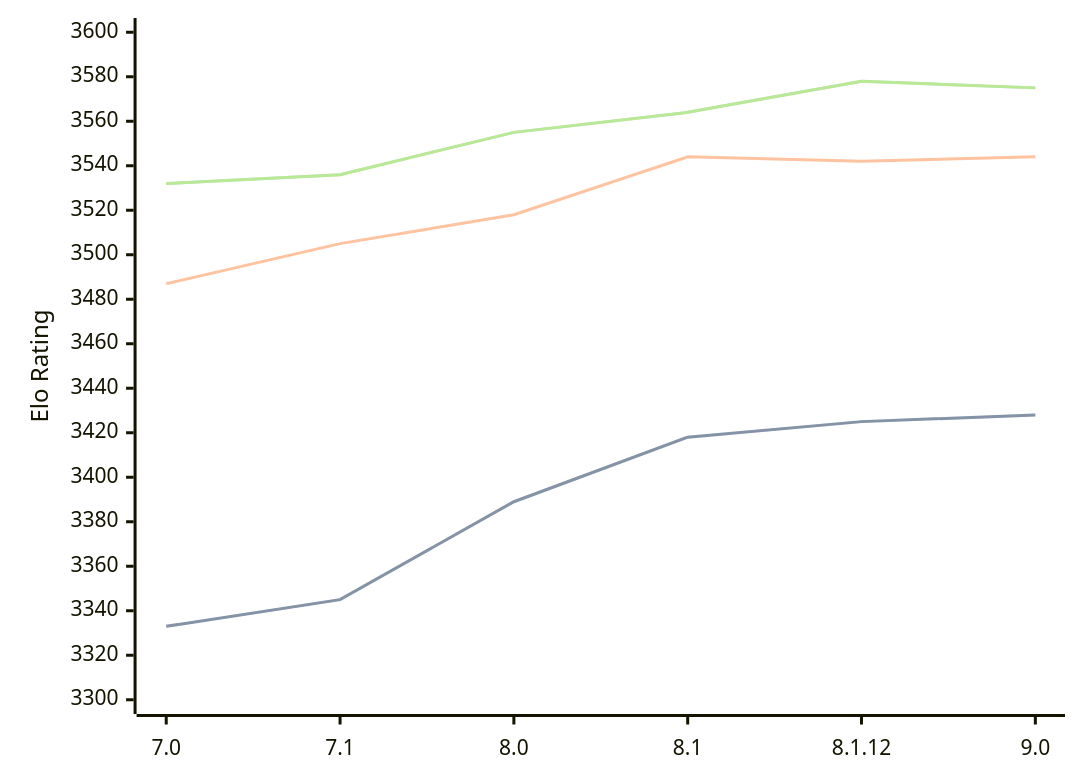
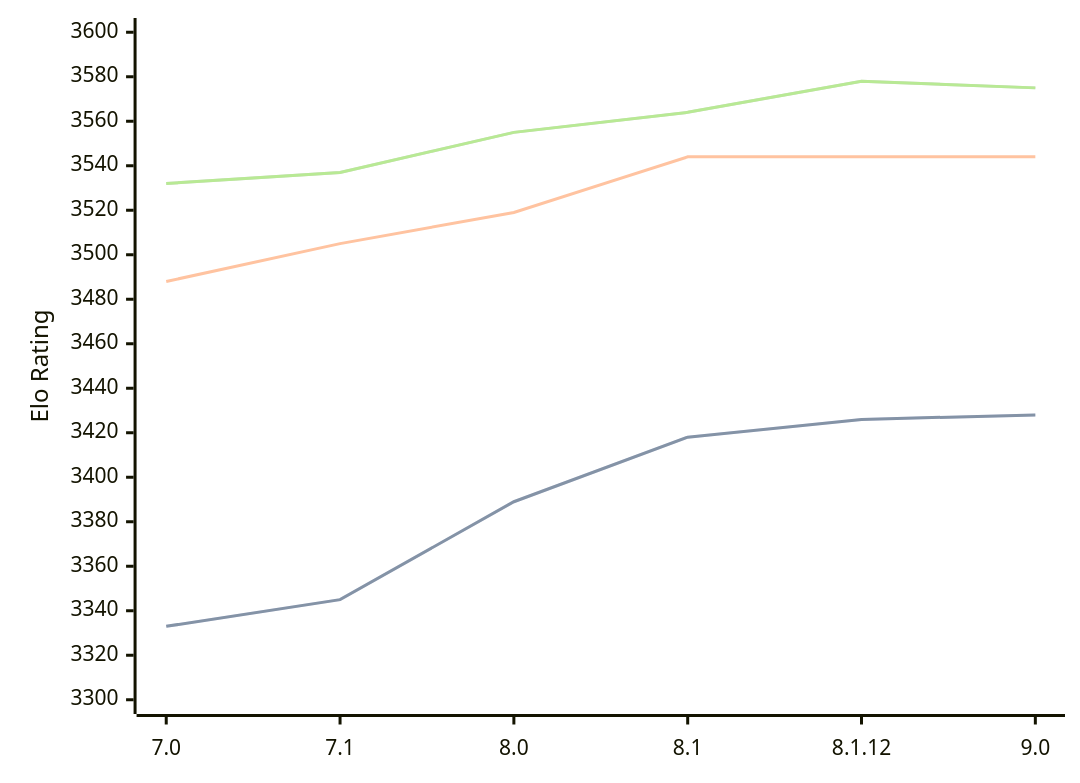
One commit to computer-chess-index/cci changed the diagram in engines/Alexandria.md. Above: the diagram before and after it, drawn with Mermaid. The commit also changed other lines of this file, not shown here.

Commit message:
Update CCI Ratings (ELO VLTC) - 2026-08-24

````diff
--- a/engines/Alexandria.md
+++ b/engines/Alexandria.md
@@ -36,11 +36,11 @@
 ```mermaid
 %%{init: {"theme":"base","themeVariables":{"seriesColors:['#a3a3a3','#222221','#faa371']}}}%%
 xychart-beta
   x-axis ["7.0", "7.1", "8.0", "8.1", "8.1.12", "9.0"]
   y-axis "Elo Rating" 3300 --> 3600
-  line "STC (8.0+0.08s)" [3333, 3345, 3389, 3418, 3425, 3428]
-  line "STC (8.0+0.08s)" [3333, 3345, 3389, 3418, 3425, 3428]
-  line "LTC (60.0+0.60s)" [3487, 3505, 3518, 3544, 3542, 3544]
-  line "VLTC (2m24s+1.12s)" [3532, 3536, 3555, 3564, 3578, 3575]
-  line "VLTC (2m24s+1.12s)" [3532, 3536, 3555, 3564, 3578, 3575]
+  line "STC (8.0+0.08s)" [3333, 3345, 3389, 3418, 3426, 3428]
+  line "STC (8.0+0.08s)" [3333, 3345, 3389, 3418, 3426, 3428]
+  line "LTC (60.0+0.60s)" [3488, 3505, 3519, 3544, 3544, 3544]
+  line "VLTC (2m24s+1.12s)" [3532, 3537, 3555, 3564, 3578, 3575]
+  line "VLTC (2m24s+1.12s)" [3532, 3537, 3555, 3564, 3578, 3575]
 ```
````
